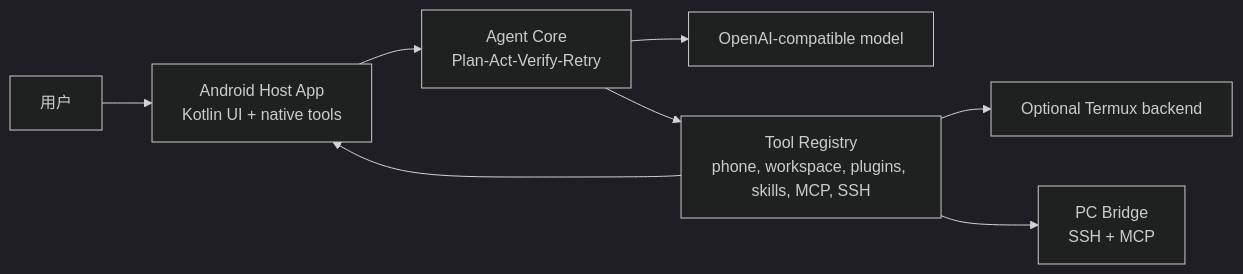
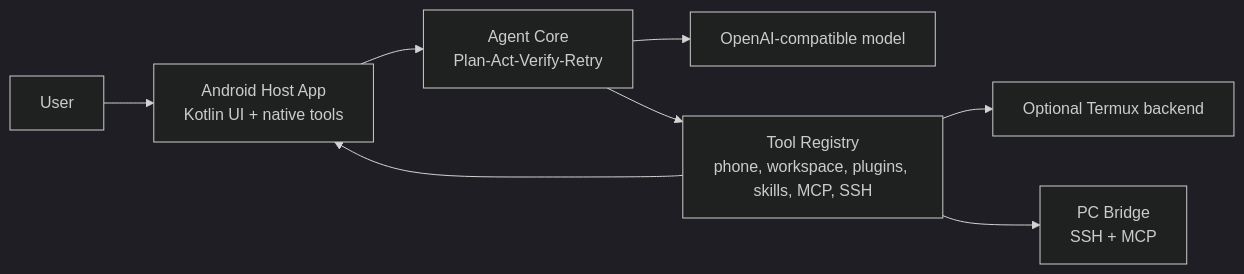
The diagram in README.md (tianhao789456/phone-native-agent), drawn with Mermaid (dark theme) before and after one commit. The commit also changed other lines of this file, not shown here.

````diff
--- a/README.md
+++ b/README.md
@@ -140,18 +162,18 @@
 ```mermaid
 flowchart LR
-    User["用户"]
+    User["User"]
     Android["Android Host App<br/>Kotlin UI + native tools"]
     Core["Agent Core<br/>Plan-Act-Verify-Retry"]
     Tools["Tool Registry<br/>phone, workspace, plugins, skills, MCP, SSH"]
     Termux["Optional Termux backend"]
     PC["PC Bridge<br/>SSH + MCP"]
     Model["OpenAI-compatible model"]
 
     User --> Android
     Android --> Core
     Core --> Model
     Core --> Tools
     Tools --> Android
     Tools --> Termux
     Tools --> PC
 ```
````
